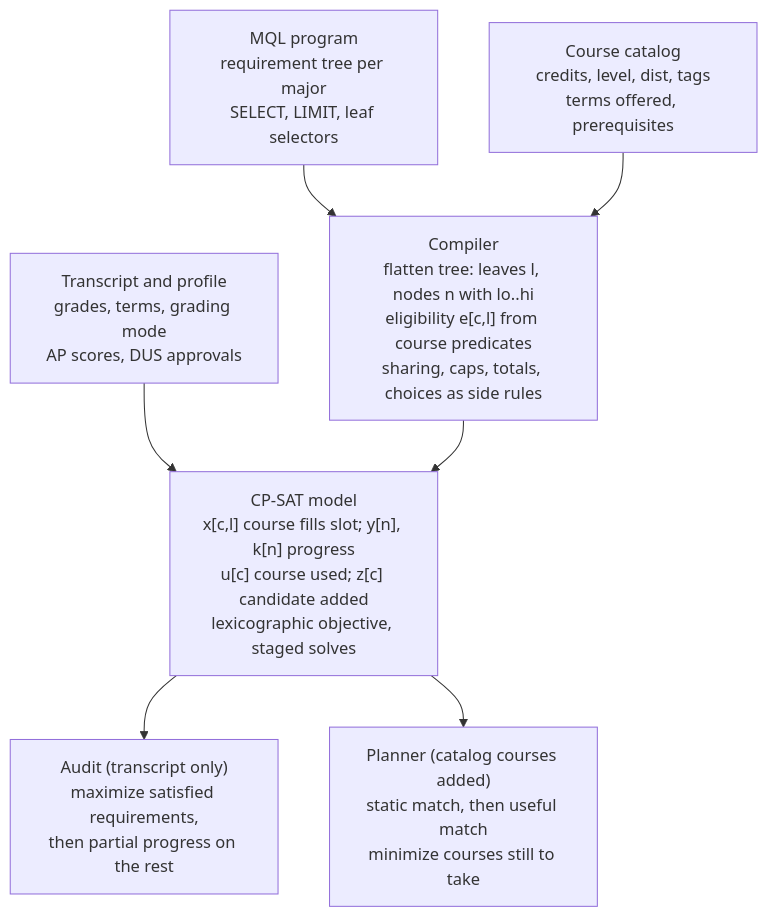
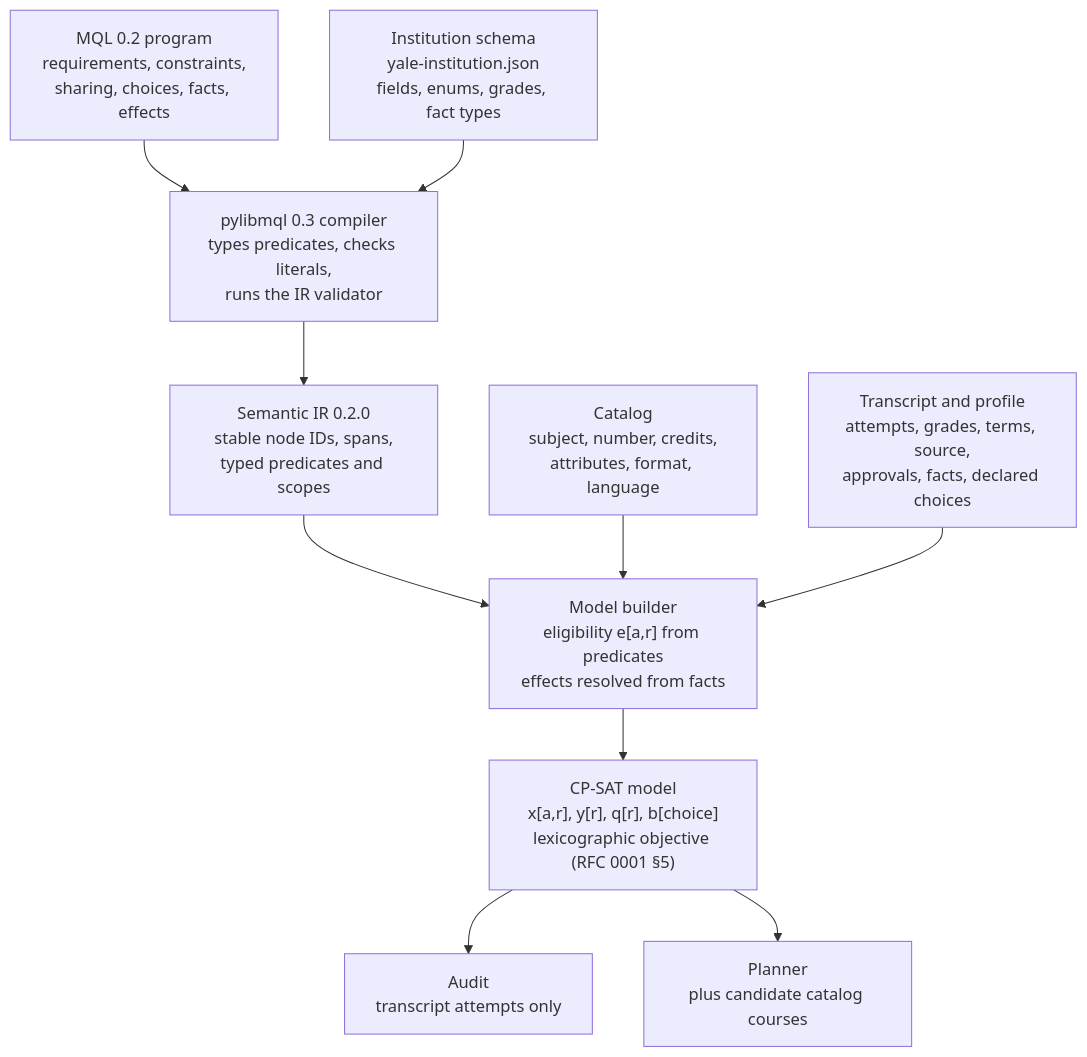
The diagram in MQL_CP-SAT_Report.md (majoraudit/majors), drawn with Mermaid before and after one commit. The commit also changed other lines of this file and 193 other files, not shown here.

````diff
--- a/MQL_CP-SAT_Report.md
+++ b/MQL_CP-SAT_Report.md
@@ -11,16 +13,22 @@
 ```mermaid
 flowchart TD
-    MQL["MQL program<br/>requirement tree per major<br/>SELECT, LIMIT, leaf selectors"]
-    CAT["Course catalog<br/>credits, level, dist, tags<br/>terms offered, prerequisites"]
-    TR["Transcript and profile<br/>grades, terms, grading mode<br/>AP scores, DUS approvals"]
-    COMP["Compiler<br/>flatten tree: leaves l, nodes n with lo..hi<br/>eligibility e[c,l] from course predicates<br/>sharing, caps, totals, choices as side rules"]
-    MODEL["CP-SAT model<br/>x[c,l] course fills slot; y[n], k[n] progress<br/>u[c] course used; z[c] candidate added<br/>lexicographic objective, staged solves"]
-    AUDIT["Audit (transcript only)<br/>maximize satisfied requirements,<br/>then partial progress on the rest"]
-    PLAN["Planner (catalog courses added)<br/>static match, then useful match<br/>minimize courses still to take"]
-    MQL --> COMP
-    CAT --> COMP
-    TR --> MODEL
-    COMP --> MODEL
+    SRC["MQL 0.2 program<br/>requirements, constraints,<br/>sharing, choices, facts, effects"]
+    INST["Institution schema<br/>yale-institution.json<br/>fields, enums, grades, fact types"]
+    COMP["pylibmql 0.3 compiler<br/>types predicates, checks literals,<br/>runs the IR validator"]
+    IR["Semantic IR 0.2.0<br/>stable node IDs, spans,<br/>typed predicates and scopes"]
+    CAT["Catalog<br/>subject, number, credits,<br/>attributes, format, language"]
+    TR["Transcript and profile<br/>attempts, grades, terms, source,<br/>approvals, facts, declared choices"]
+    BUILD["Model builder<br/>eligibility e[a,r] from predicates<br/>effects resolved from facts"]
+    MODEL["CP-SAT model<br/>x[a,r], y[r], q[r], b[choice]<br/>lexicographic objective (RFC 0001 §5)"]
+    AUDIT["Audit<br/>transcript attempts only"]
+    PLAN["Planner<br/>plus candidate catalog courses"]
+    SRC --> COMP
+    INST --> COMP
+    COMP --> IR
+    IR --> BUILD
+    CAT --> BUILD
+    TR --> BUILD
+    BUILD --> MODEL
     MODEL --> AUDIT
     MODEL --> PLAN
 ```
````
